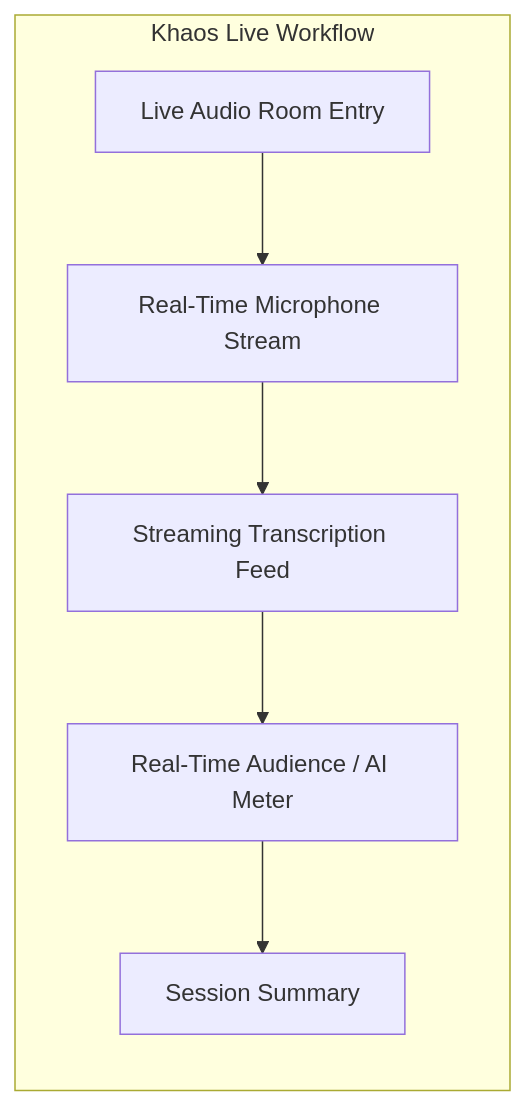
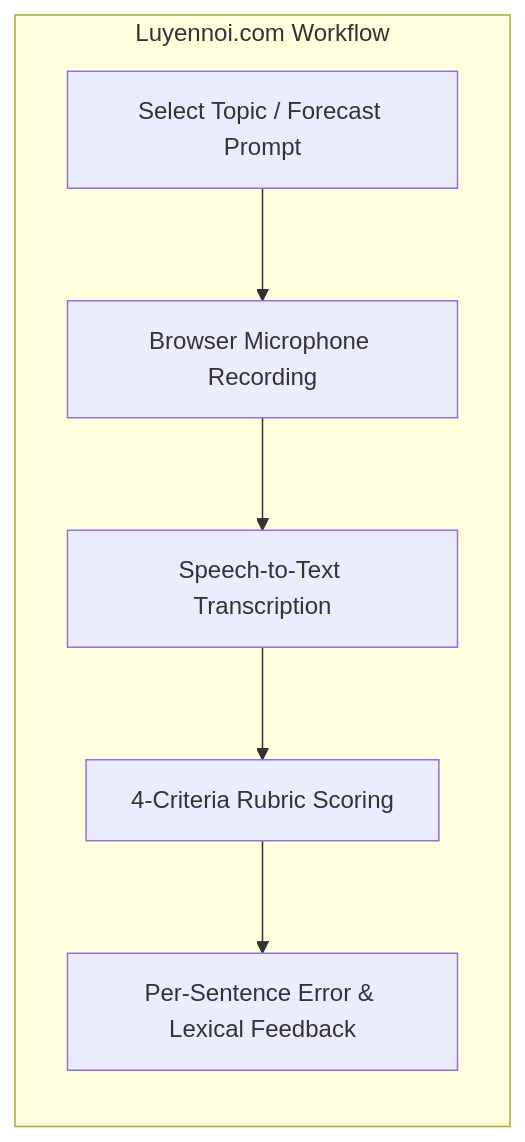
One commit to nguyendinhthienloc/DebateSpeak changed the second of 2 diagrams in docs/requirements/EXISTING_APP_SURVEY.md. Above: the diagram before and after it, drawn with Mermaid. The commit also changed other lines of this file and 2 other files, not shown here.

Commit message:
Removed Khaos Live

````diff
--- a/docs/requirements/EXISTING_APP_SURVEY.md
+++ b/docs/requirements/EXISTING_APP_SURVEY.md
@@ -91,9 +93,9 @@
 ```mermaid
 graph LR
-    subgraph Khaos Live Workflow
-        A[Live Audio Room Entry] --> B[Real-Time Microphone Stream]
-        B --> C[Streaming Transcription Feed]
-        C --> D[Real-Time Audience / AI Meter]
-        D --> E[Session Summary]
+    subgraph Luyennoi.com Workflow
+        A[Select Topic / Forecast Prompt] --> B[Browser Microphone Recording]
+        B --> C[Speech-to-Text Transcription]
+        C --> D[4-Criteria Rubric Scoring]
+        D --> E[Per-Sentence Error & Lexical Feedback]
     end
 ```
````
